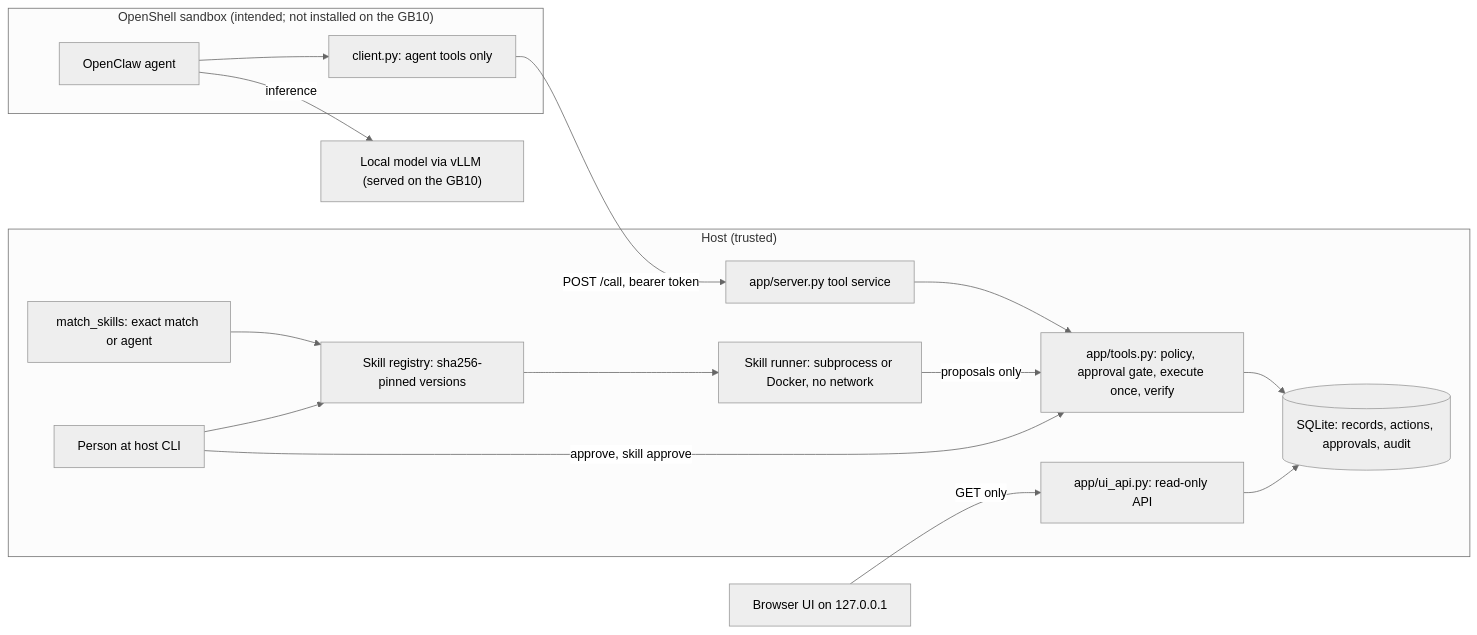
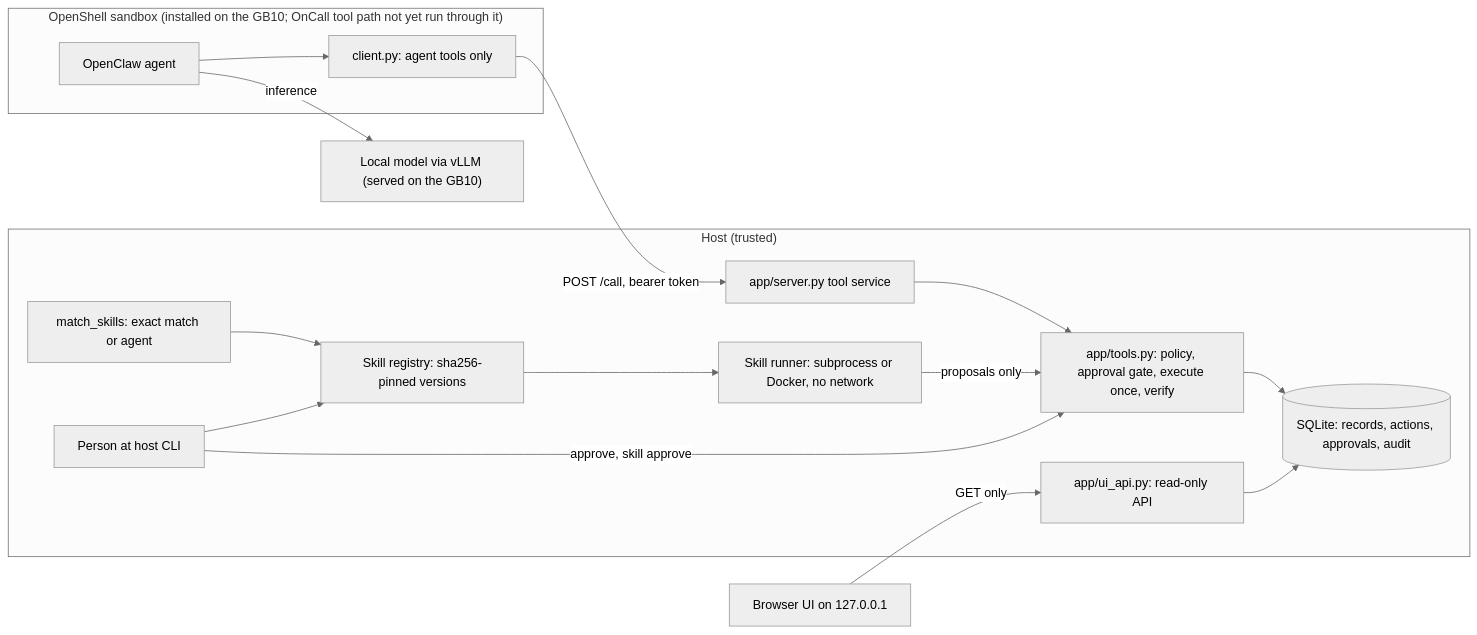
The diagram in README.md (dude297/skillforge_main), drawn with Mermaid (neutral theme) before and after one commit. The commit also changed other lines of this file and 8 other files, not shown here.

First line of the commit message:
docs: GB10 stack status (NemoClaw/OpenShell/OpenClaw installed, Telegram round trip, attempt 6)

````diff
--- a/README.md
+++ b/README.md
@@ -58,31 +62,31 @@
 ```mermaid
 flowchart LR
-  subgraph SB["OpenShell sandbox (intended; not installed on the GB10)"]
+  subgraph SB["OpenShell sandbox (installed on the GB10; OnCall tool path not yet run through it)"]
     Agent["OpenClaw agent"]
     Client["client.py: agent tools only"]
   end
   Model["Local model via vLLM (served on the GB10)"]
   subgraph HOST["Host (trusted)"]
     Service["app/server.py tool service"]
     Tools["app/tools.py: policy, approval gate, execute once, verify"]
     Matcher["match_skills: exact match or agent"]
     Registry["Skill registry: sha256-pinned versions"]
     Runner["Skill runner: subprocess or Docker, no network"]
     DB[("SQLite: records, actions, approvals, audit")]
     Person["Person at host CLI"]
     API["app/ui_api.py: read-only API"]
   end
   UI["Browser UI on 127.0.0.1"]
   Agent -->|inference| Model
   Agent --> Client
   Client -->|"POST /call, bearer token"| Service
   Service --> Tools
   Tools --> DB
   Matcher --> Registry
   Registry --> Runner
   Runner -->|proposals only| Tools
   Person -->|"approve, skill approve"| Tools
   Person --> Registry
   API --> DB
   UI -->|GET only| API
 ```
````
